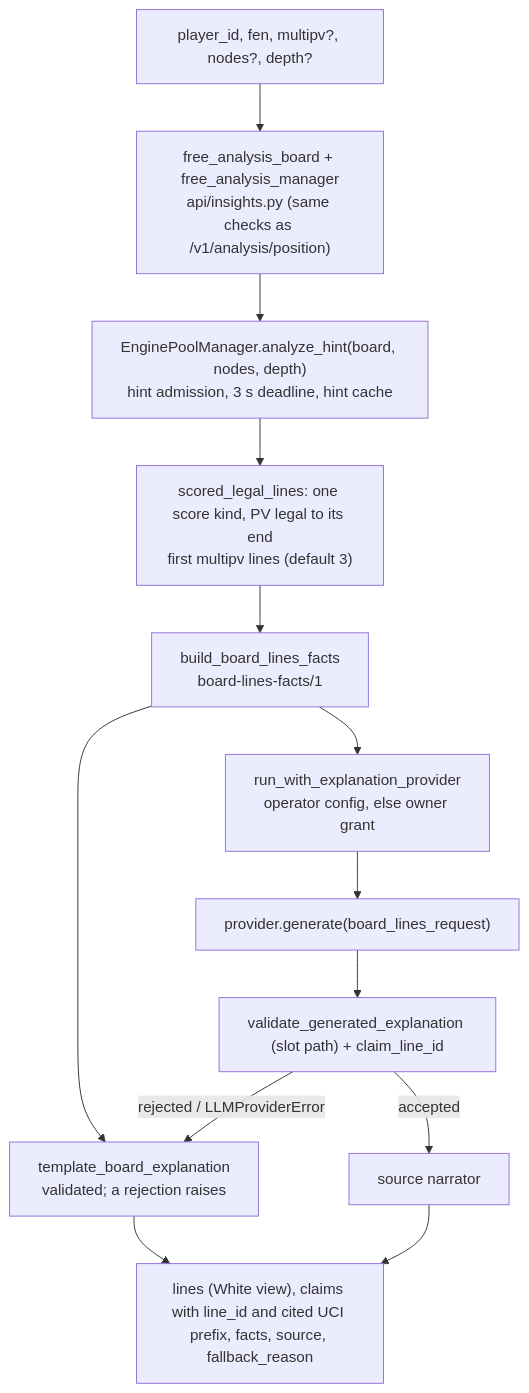
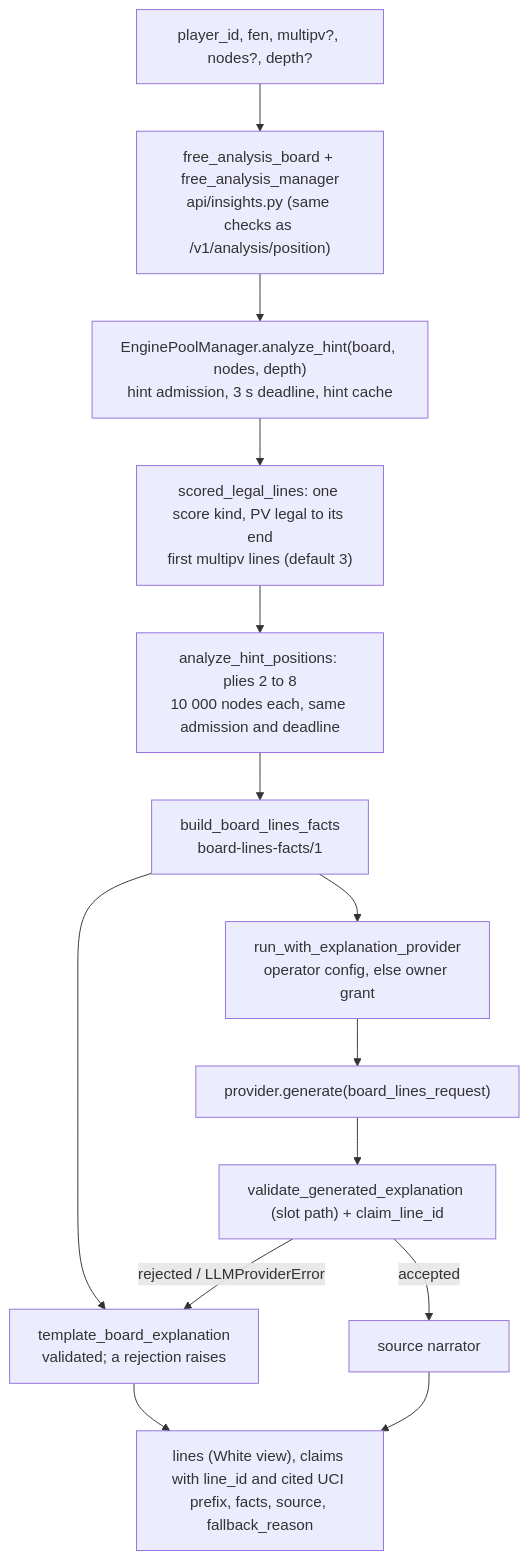
The second of 2 diagrams in docs/narrator-pipeline.md (Mathews-Tom/Scan64), drawn with Mermaid before and after one commit. The commit also changed other lines of this file, not shown here.

Commit message:
docs(narrator): evaluations along lines, timings and the per-point factor swing (#367, #368)

````diff
--- a/docs/narrator-pipeline.md
+++ b/docs/narrator-pipeline.md
@@ -329,15 +357,16 @@
 ```mermaid
 flowchart TD
     REQ["player_id, fen, multipv?, nodes?, depth?"] --> ADM["free_analysis_board + free_analysis_manager<br/>api/insights.py (same checks as /v1/analysis/position)"]
     ADM --> HINT["EnginePoolManager.analyze_hint(board, nodes, depth)<br/>hint admission, 3 s deadline, hint cache"]
     HINT --> SL["scored_legal_lines: one score kind, PV legal to its end<br/>first multipv lines (default 3)"]
-    SL --> BF["build_board_lines_facts<br/>board-lines-facts/1"]
+    SL --> LS["analyze_hint_positions: plies 2 to 8<br/>10 000 nodes each, same admission and deadline"]
+    LS --> BF["build_board_lines_facts<br/>board-lines-facts/1"]
     BF --> TPL["template_board_explanation<br/>validated; a rejection raises"]
     BF --> RUN["run_with_explanation_provider<br/>operator config, else owner grant"]
     RUN --> GEN["provider.generate(board_lines_request)"]
     GEN --> VAL["validate_generated_explanation (slot path) + claim_line_id"]
     VAL -->|"accepted"| NAR["source narrator"]
     VAL -->|"rejected / LLMProviderError"| TPL
     TPL --> RESP["lines (White view), claims with line_id and cited UCI prefix, facts, source, fallback_reason"]
     NAR --> RESP
 ```
````
